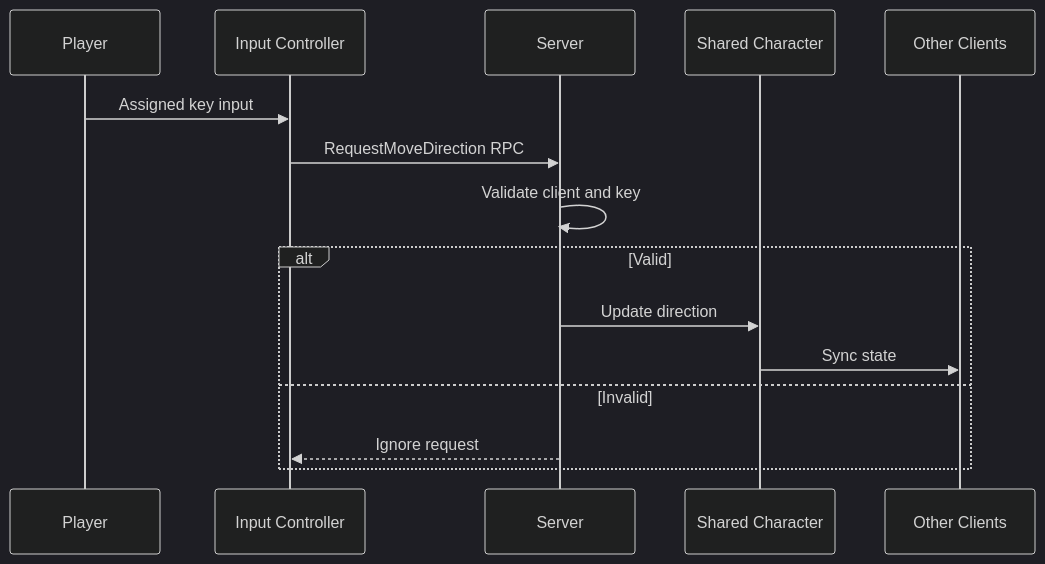
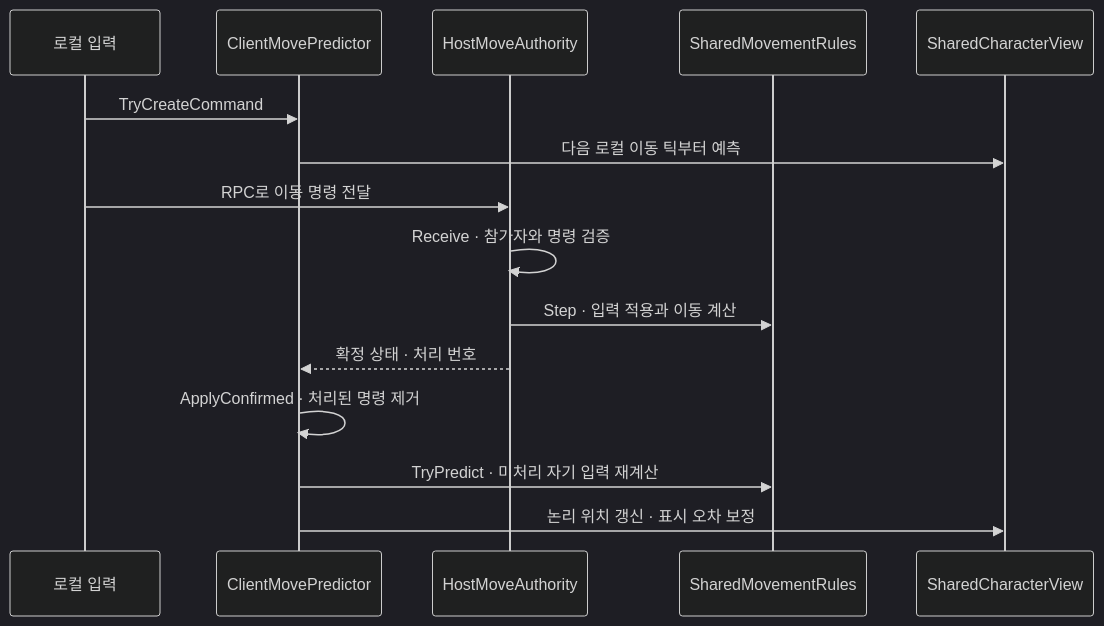
The diagram in docs/architecture.md (parkwonkuku/WASD2-Online-Coop), drawn with Mermaid (dark theme) before and after one commit. The commit also changed other lines of this file and 2 other files, not shown here.

````diff
--- a/docs/architecture.md
+++ b/docs/architecture.md
@@ -61,17 +31,17 @@
 ```mermaid
 sequenceDiagram
-    participant P as Player
-    participant C as Input Controller
-    participant S as Server
-    participant M as Shared Character
-    participant O as Other Clients
-    P->>C: Assigned key input
-    C->>S: RequestMoveDirection RPC
-    S->>S: Validate client and key
-    alt Valid
-        S->>M: Update direction
-        M->>O: Sync state
-    else Invalid
-        S-->>C: Ignore request
-    end
+    participant P as 로컬 입력
+    participant C as ClientMovePredictor
+    participant H as HostMoveAuthority
+    participant R as SharedMovementRules
+    participant V as SharedCharacterView
+    P->>C: TryCreateCommand
+    C->>V: 다음 로컬 이동 틱부터 예측
+    P->>H: RPC로 이동 명령 전달
+    H->>H: Receive · 참가자와 명령 검증
+    H->>R: Step · 입력 적용과 이동 계산
+    H-->>C: 확정 상태 · 처리 번호
+    C->>C: ApplyConfirmed · 처리된 명령 제거
+    C->>R: TryPredict · 미처리 자기 입력 재계산
+    C->>V: 논리 위치 갱신 · 표시 오차 보정
 ```
````
